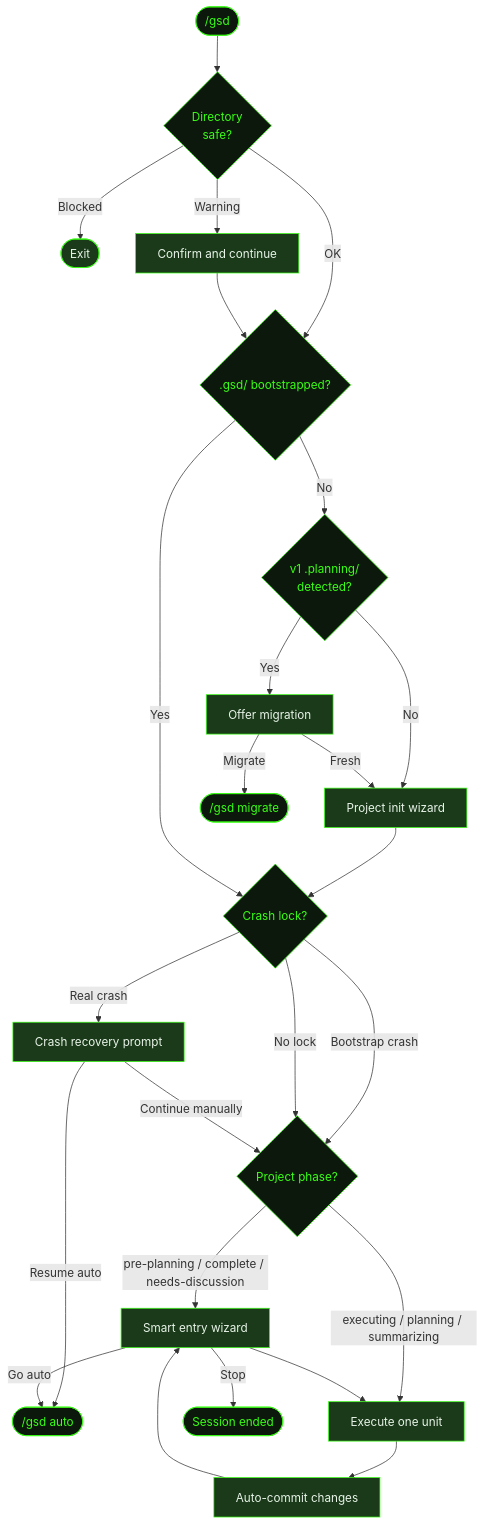
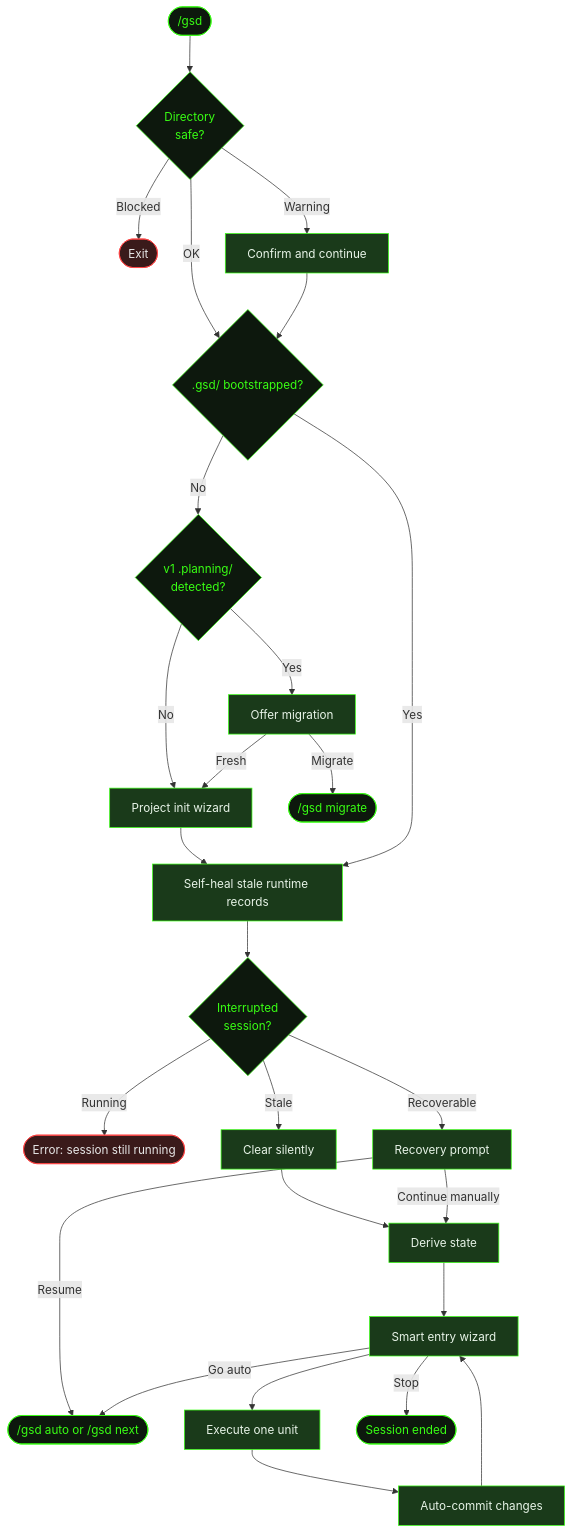
Before and after one commit to shusha-group/gsd2-guide: the diagram in src/content/docs/commands/gsd.mdx, drawn with Mermaid. The commit also changed other lines of this file and 202 other files, not shown here.

````diff
--- a/src/content/docs/commands/gsd.mdx
+++ b/src/content/docs/commands/gsd.mdx
@@ -49,45 +49,49 @@
 ```mermaid
 flowchart TD
     Start(["/gsd"]) --> DirCheck{Directory\nsafe?}
     DirCheck -->|Blocked| Exit([Exit])
     DirCheck -->|Warning| WarnConfirm[Confirm and continue]
     DirCheck -->|OK| HasGSD{.gsd/ bootstrapped?}
     WarnConfirm --> HasGSD
     HasGSD -->|No| MigrationCheck{v1 .planning/\ndetected?}
     MigrationCheck -->|Yes| MigrateOffer[Offer migration]
     MigrationCheck -->|No| InitWizard[Project init wizard]
     MigrateOffer -->|Migrate| Migrate([/gsd migrate])
     MigrateOffer -->|Fresh| InitWizard
-    InitWizard --> CrashLock
-    HasGSD -->|Yes| CrashLock{Crash lock?}
-    CrashLock -->|Bootstrap crash| HasMilestone
-    CrashLock -->|Real crash| CrashPrompt[Crash recovery prompt]
-    CrashLock -->|No lock| HasMilestone
-    CrashPrompt -->|Resume auto| Auto(["/gsd auto"])
-    CrashPrompt -->|Continue manually| HasMilestone
-    HasMilestone{Project phase?} -->|pre-planning / complete / needs-discussion| SmartEntry[Smart entry wizard]
-    HasMilestone -->|executing / planning / summarizing| Execute[Execute one unit]
-    SmartEntry --> Execute
+    InitWizard --> SelfHeal
+    HasGSD -->|Yes| SelfHeal[Self-heal stale runtime records]
+    SelfHeal --> Interrupted{Interrupted\nsession?}
+    Interrupted -->|Running| ErrorExit([Error: session still running])
+    Interrupted -->|Stale| DeriveState[Clear silently]
+    Interrupted -->|Recoverable| RecoverPrompt[Recovery prompt]
+    DeriveState --> DeriveState2[Derive state]
+    RecoverPrompt -->|Resume| Auto(["/gsd auto or /gsd next"])
+    RecoverPrompt -->|Continue manually| DeriveState2
+    DeriveState2 --> SmartEntry[Smart entry wizard]
+    SmartEntry --> Execute[Execute one unit]
     Execute --> Commit[Auto-commit changes]
     Commit --> SmartEntry
     SmartEntry -->|Go auto| Auto
     SmartEntry -->|Stop| Done([Session ended])
 
     style Start fill:#0d180d,stroke:#39ff14,color:#39ff14
     style DirCheck fill:#0d180d,stroke:#39ff14,color:#39ff14
     style MigrationCheck fill:#0d180d,stroke:#39ff14,color:#39ff14
-    style CrashLock fill:#0d180d,stroke:#39ff14,color:#39ff14
-    style HasMilestone fill:#0d180d,stroke:#39ff14,color:#39ff14
-    style Exit fill:#1a3a1a,stroke:#39ff14,color:#e8f4e8
+    style Interrupted fill:#0d180d,stroke:#39ff14,color:#39ff14
+    style HasGSD fill:#0d180d,stroke:#39ff14,color:#39ff14
+    style Exit fill:#3a1a1a,stroke:#ff4444,color:#e8e8e8
+    style ErrorExit fill:#3a1a1a,stroke:#ff4444,color:#e8e8e8
     style WarnConfirm fill:#1a3a1a,stroke:#39ff14,color:#e8f4e8
     style MigrateOffer fill:#1a3a1a,stroke:#39ff14,color:#e8f4e8
     style InitWizard fill:#1a3a1a,stroke:#39ff14,color:#e8f4e8
-    style CrashPrompt fill:#1a3a1a,stroke:#39ff14,color:#e8f4e8
+    style SelfHeal fill:#1a3a1a,stroke:#39ff14,color:#e8f4e8
+    style DeriveState fill:#1a3a1a,stroke:#39ff14,color:#e8f4e8
+    style RecoverPrompt fill:#1a3a1a,stroke:#39ff14,color:#e8f4e8
+    style DeriveState2 fill:#1a3a1a,stroke:#39ff14,color:#e8f4e8
     style SmartEntry fill:#1a3a1a,stroke:#39ff14,color:#e8f4e8
     style Execute fill:#1a3a1a,stroke:#39ff14,color:#e8f4e8
     style Commit fill:#1a3a1a,stroke:#39ff14,color:#e8f4e8
     style Done fill:#0d180d,stroke:#39ff14,color:#39ff14
     style Auto fill:#0d180d,stroke:#39ff14,color:#39ff14
     style Migrate fill:#0d180d,stroke:#39ff14,color:#39ff14
-    style HasGSD fill:#0d180d,stroke:#39ff14,color:#39ff14
 ```
````
